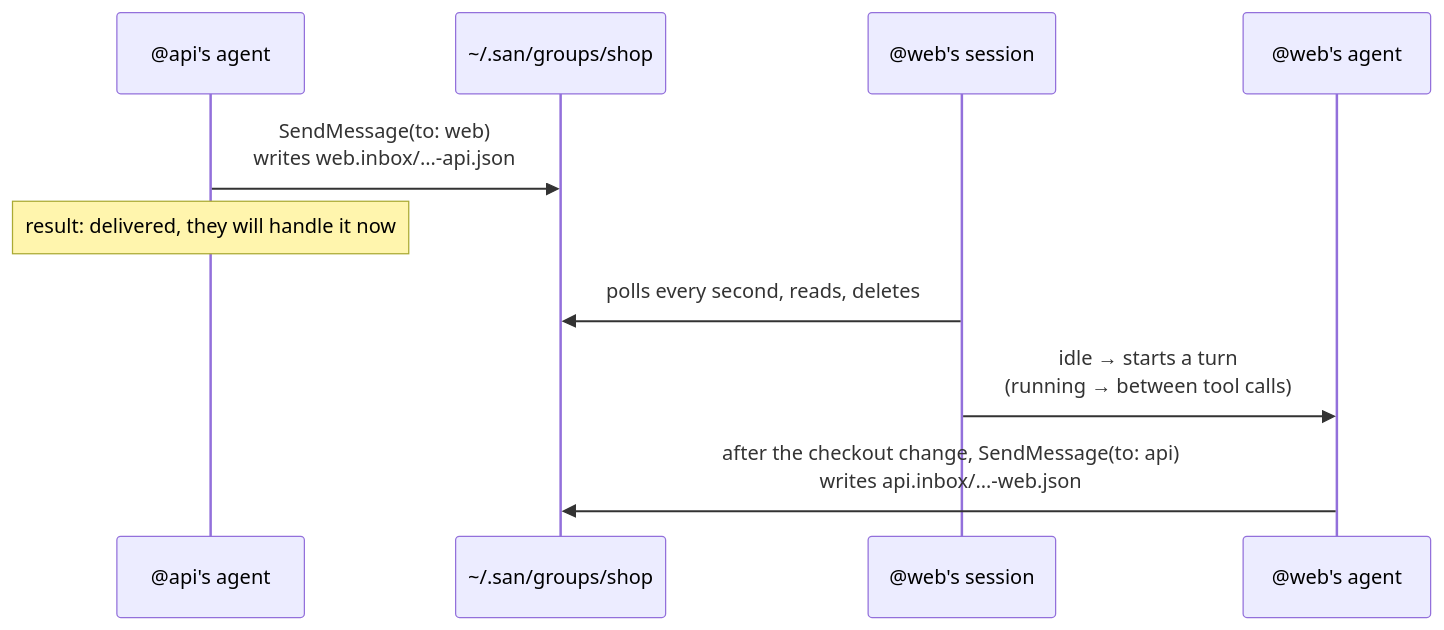
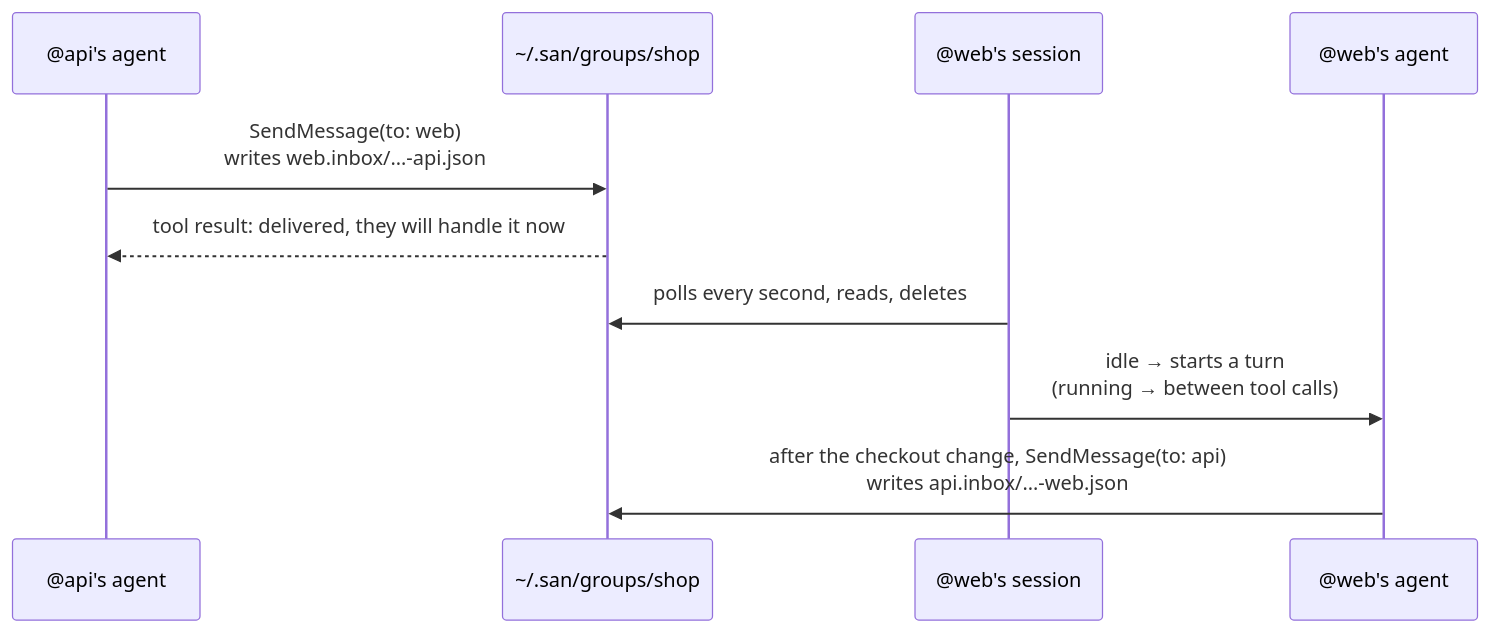
The first of 5 diagrams in docs/design/proposals/0003-session-groups.md (genai-io/san), drawn with Mermaid before and after one commit. The commit also changed other lines of this file and 1 other file, not shown here.

````diff
--- a/docs/design/proposals/0003-session-groups.md
+++ b/docs/design/proposals/0003-session-groups.md
@@ -120,12 +124,12 @@
 ```mermaid
 sequenceDiagram
     participant A as @api's agent
     participant FS as ~/.san/groups/shop
     participant W as @web's session
     participant WA as @web's agent
     A->>FS: SendMessage(to: web)<br/>writes web.inbox/…-api.json
-    Note over A: result: delivered, they will handle it now
+    FS-->>A: tool result: delivered, they will handle it now
     W->>FS: polls every second, reads, deletes
     W->>WA: idle → starts a turn<br/>(running → between tool calls)
     WA->>FS: after the checkout change, SendMessage(to: api)<br/>writes api.inbox/…-web.json
 ```
````
